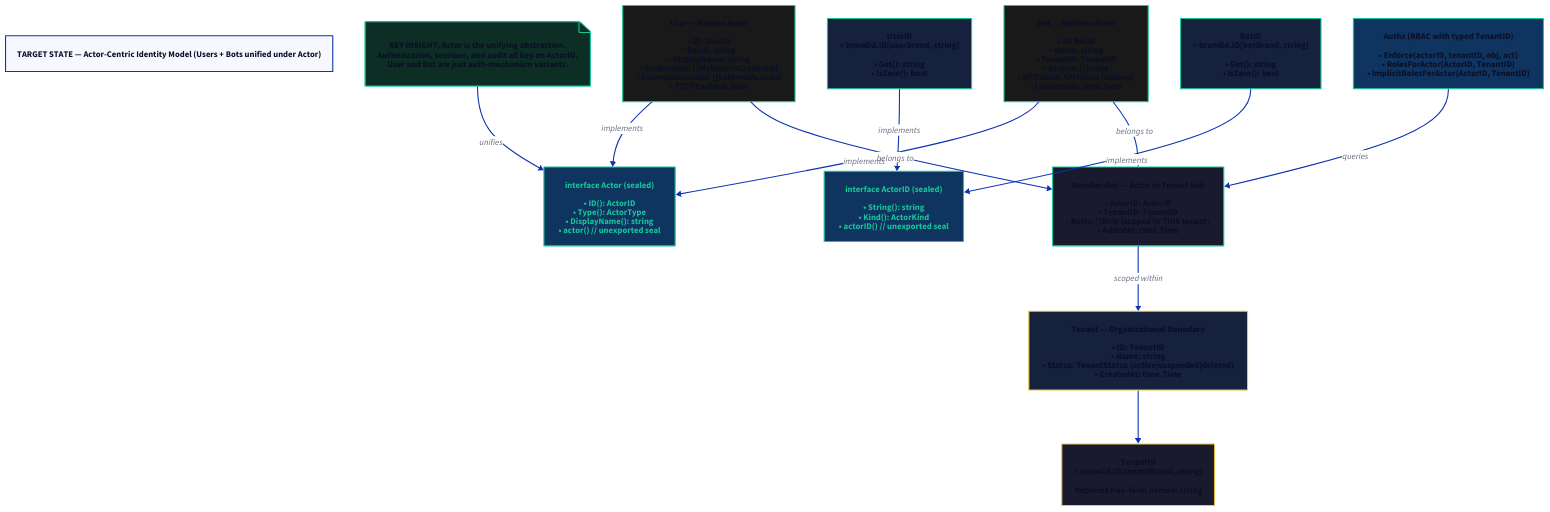
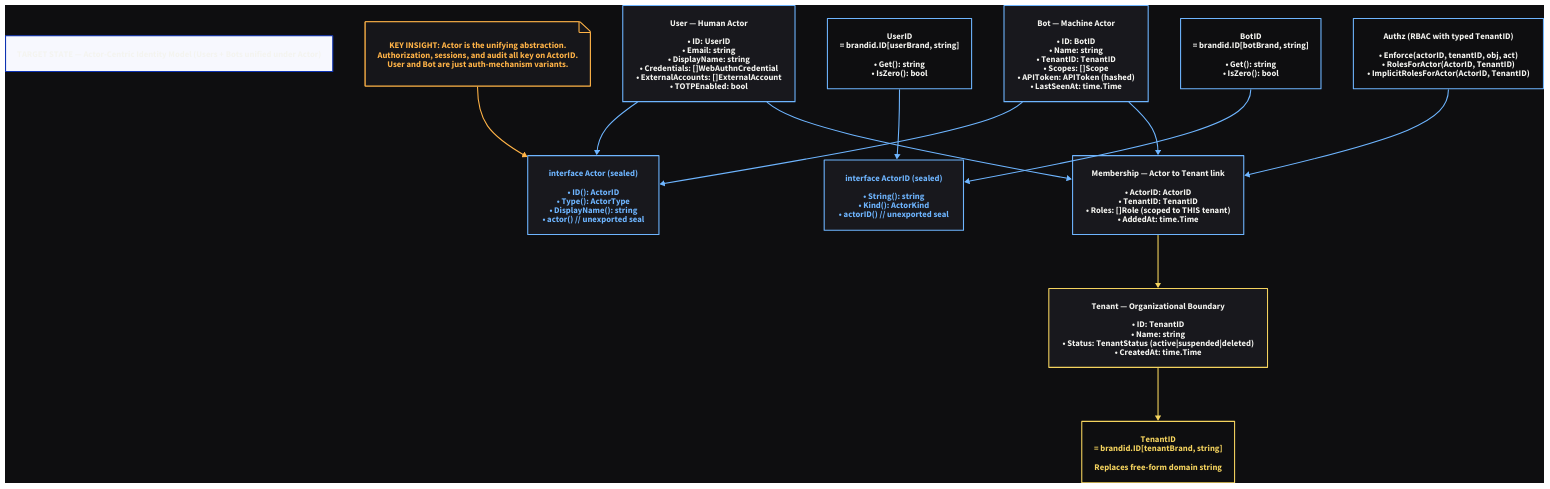
Before and after one commit to LarsArtmann/cqrs-htmx: the diagram in docs/architecture-understanding/2026-06-21_04-00_target-actor-hierarchy.d2, drawn with D2. The commit also changed 16 other files, not shown here.

First line of the commit message:
docs(architecture): refresh architecture diagrams with dark theme + add render script

```diff
--- a/docs/architecture-understanding/2026-06-21_04-00_target-actor-hierarchy.d2
+++ b/docs/architecture-understanding/2026-06-21_04-00_target-actor-hierarchy.d2
@@ -1,88 +1,91 @@
 direction: down
 
+style: { fill: "#0e0e10" }
+
 title: "TARGET STATE — Actor-Centric Identity Model (Users + Bots unified under Actor)"
+title.style: { font-color: "#f4f4f0" }
 
 # Actor Union
 Actor: {
   shape: rectangle
-  style: {fill: "#0f3460"; stroke: "#16c79a"; font-color: "#16c79a"}
+  style: {fill: "#18181d"; stroke: "#6eb5ff"; font-color: "#6eb5ff"}
   label: "interface Actor (sealed)\n\n• ID(): ActorID\n• Type(): ActorType\n• DisplayName(): string\n• actor()  // unexported seal"
 }
 
 ActorID: {
   shape: rectangle
-  style: {fill: "#0f3460"; stroke: "#16c79a"; font-color: "#16c79a"}
+  style: {fill: "#18181d"; stroke: "#6eb5ff"; font-color: "#6eb5ff"}
   label: "interface ActorID (sealed)\n\n• String(): string\n• Kind(): ActorKind\n• actorID()  // unexported seal"
 }
 
 # Variants
 UserID: {
   shape: rectangle
-  style: {fill: "#16213e"; stroke: "#16c79a"}
+  style: {fill: "#0e0e10"; stroke: "#6eb5ff"; font-color: "#f4f4f0"}
   label: "UserID\n= brandid.ID[userBrand, string]\n\n• Get(): string\n• IsZero(): bool"
 }
 
 BotID: {
   shape: rectangle
-  style: {fill: "#16213e"; stroke: "#16c79a"}
+  style: {fill: "#0e0e10"; stroke: "#6eb5ff"; font-color: "#f4f4f0"}
   label: "BotID\n= brandid.ID[botBrand, string]\n\n• Get(): string\n• IsZero(): bool"
 }
 
 User: {
   shape: rectangle
-  style: {fill: "#191919"; stroke: "#16c79a"}
+  style: {fill: "#18181d"; stroke: "#6eb5ff"; font-color: "#f4f4f0"}
   label: "User — Human Actor\n\n• ID: UserID\n• Email: string\n• DisplayName: string\n• Credentials: []WebAuthnCredential\n• ExternalAccounts: []ExternalAccount\n• TOTPEnabled: bool"
 }
 
 Bot: {
   shape: rectangle
-  style: {fill: "#191919"; stroke: "#16c79a"}
+  style: {fill: "#18181d"; stroke: "#6eb5ff"; font-color: "#f4f4f0"}
   label: "Bot — Machine Actor\n\n• ID: BotID\n• Name: string\n• TenantID: TenantID\n• Scopes: []Scope\n• APIToken: APIToken (hashed)\n• LastSeenAt: time.Time"
 }
 
 # Tenant
 TenantID: {
   shape: rectangle
-  style: {fill: "#1a1a2e"; stroke: "#e8c546"}
+  style: {fill: "#0e0e10"; stroke: "#f4d35e"; font-color: "#f4d35e"}
   label: "TenantID\n= brandid.ID[tenantBrand, string]\n\nReplaces free-form domain string"
 }
 
 Tenant: {
   shape: rectangle
-  style: {fill: "#16213e"; stroke: "#e8c546"}
+  style: {fill: "#18181d"; stroke: "#f4d35e"; font-color: "#f4f4f0"}
   label: "Tenant — Organizational Boundary\n\n• ID: TenantID\n• Name: string\n• Status: TenantStatus (active|suspended|deleted)\n• CreatedAt: time.Time"
 }
 
 # Membership
 Membership: {
   shape: rectangle
-  style: {fill: "#1a1a2e"; stroke: "#16c79a"}
+  style: {fill: "#18181d"; stroke: "#6eb5ff"; font-color: "#f4f4f0"}
   label: "Membership — Actor to Tenant link\n\n• ActorID: ActorID\n• TenantID: TenantID\n• Roles: []Role (scoped to THIS tenant)\n• AddedAt: time.Time"
 }
 
 # Authz
 Authz: {
   shape: rectangle
-  style: {fill: "#0f3460"; stroke: "#16c79a"}
+  style: {fill: "#0e0e10"; stroke: "#6eb5ff"; font-color: "#f4f4f0"}
   label: "Authz (RBAC with typed TenantID)\n\n• Enforce(actorID, tenantID, obj, act)\n• RolesForActor(ActorID, TenantID)\n• ImplicitRolesForActor(ActorID, TenantID)"
 }
 
 KeyInsight: {
   shape: page
-  style: {fill: "#0d2e25"; stroke: "#16c79a"}
+  style: {fill: "#16161a"; stroke: "#ffb347"; font-color: "#ffb347"}
   label: "KEY INSIGHT: Actor is the unifying abstraction.\nAuthorization, sessions, and audit all key on ActorID.\nUser and Bot are just auth-mechanism variants."
 }
 
 # Relationships
-Actor <- User: implements
-Actor <- Bot: implements
-ActorID <- UserID: implements
-ActorID <- BotID: implements
+Actor <- User: { style: { stroke: "#6eb5ff"; font-color: "#f4f4f0" } }
+Actor <- Bot: { style: { stroke: "#6eb5ff"; font-color: "#f4f4f0" } }
+ActorID <- UserID: { style: { stroke: "#6eb5ff"; font-color: "#f4f4f0" } }
+ActorID <- BotID: { style: { stroke: "#6eb5ff"; font-color: "#f4f4f0" } }
 
-User -> Membership: "belongs to"
-Bot -> Membership: "belongs to"
-Membership -> Tenant: "scoped within"
-Authz -> Membership: "queries"
-Tenant -> TenantID
+User -> Membership: { style: { stroke: "#6eb5ff"; font-color: "#f4f4f0" } }
+Bot -> Membership: { style: { stroke: "#6eb5ff"; font-color: "#f4f4f0" } }
+Membership -> Tenant: { style: { stroke: "#f4d35e"; font-color: "#f4f4f0" } }
+Authz -> Membership: { style: { stroke: "#6eb5ff"; font-color: "#f4f4f0" } }
+Tenant -> TenantID: { style: { stroke: "#f4d35e"; font-color: "#f4f4f0" } }
 
-KeyInsight -> Actor: "unifies"
+KeyInsight -> Actor: { style: { stroke: "#ffb347"; font-color: "#ffb347" } }
```
